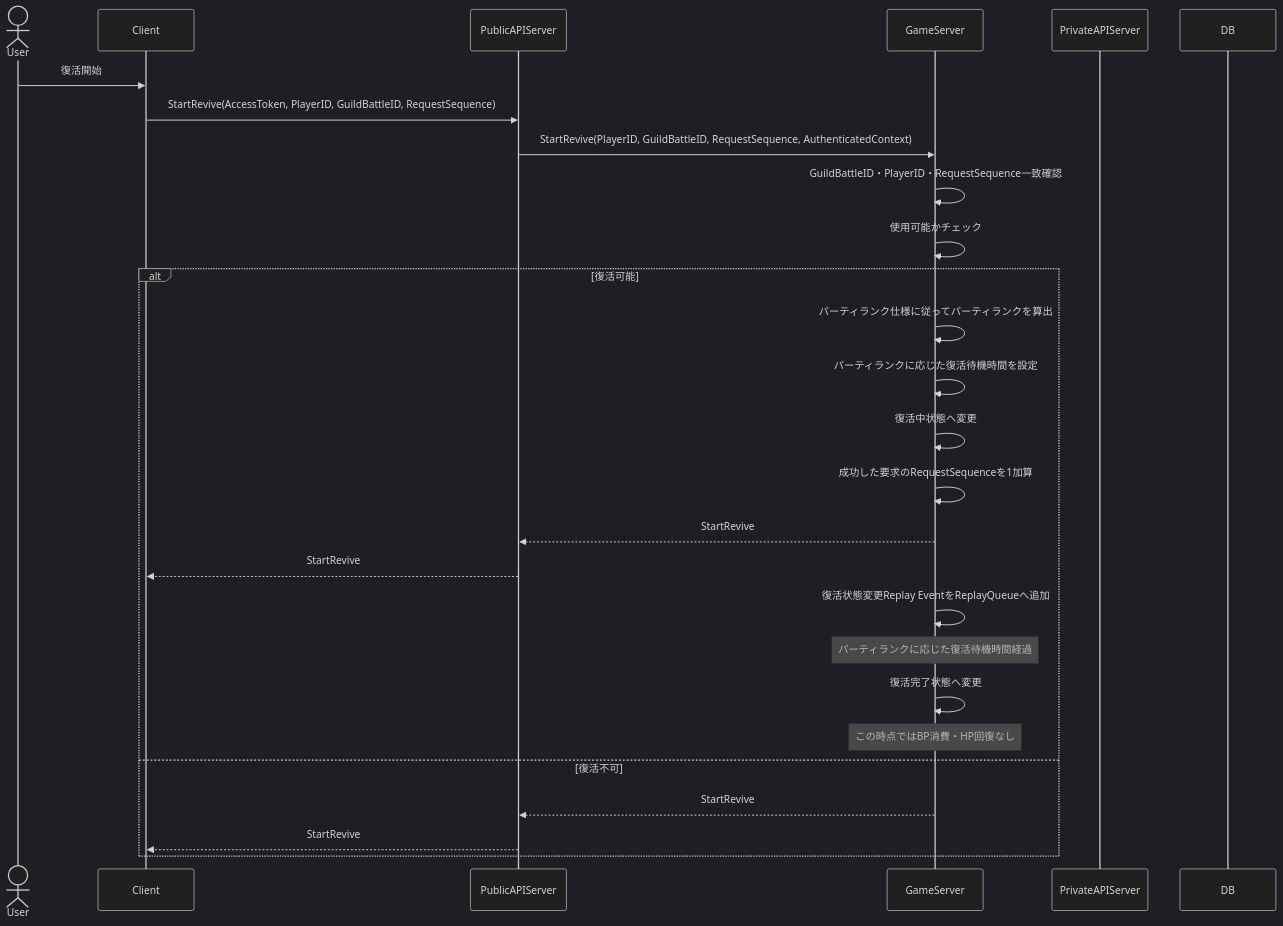
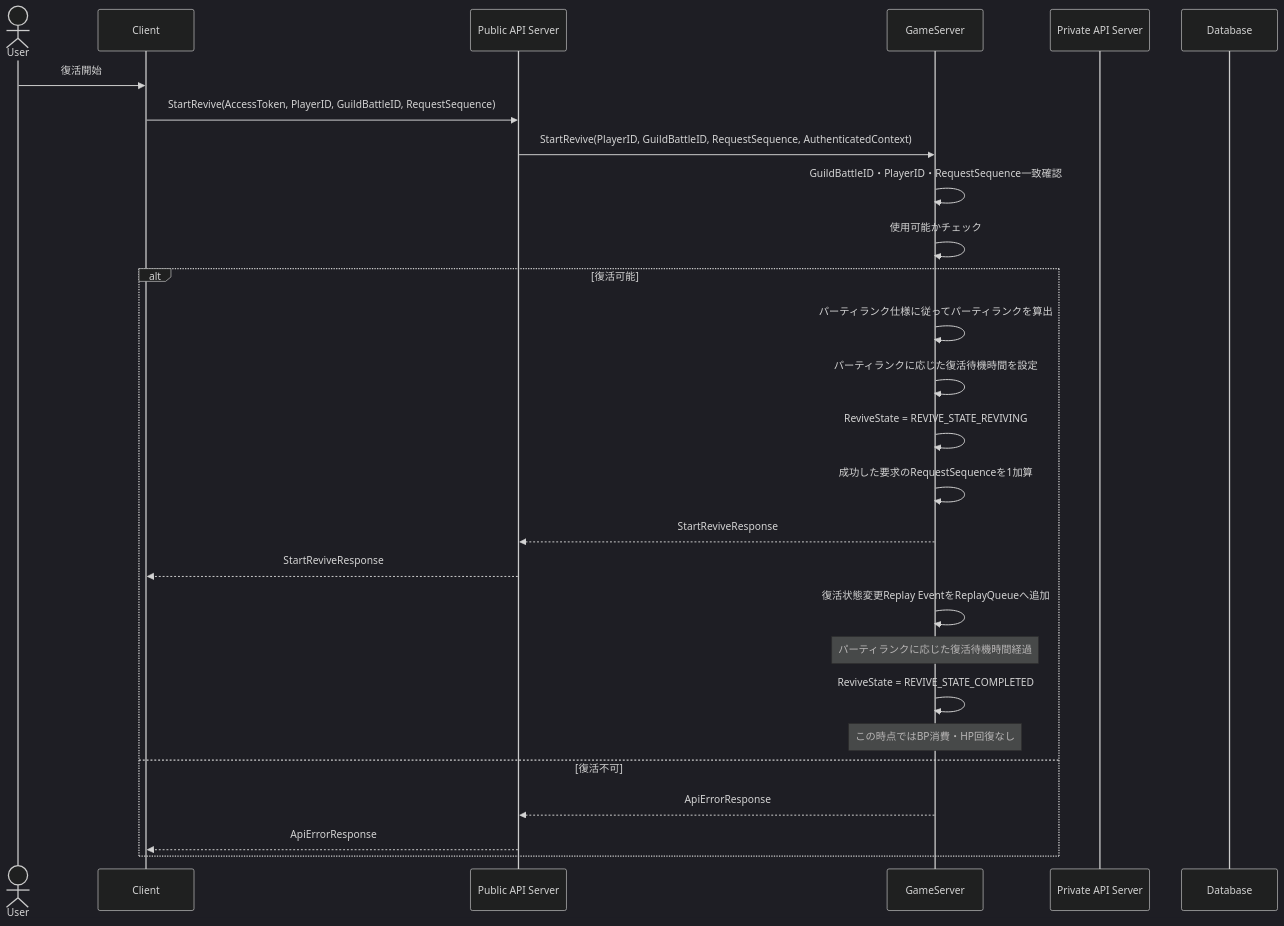
The tenth of 13 diagrams in design/server/guild_battle.md (ReHydrangeaOdyssey/Specifications), drawn with Mermaid (dark theme) before and after one commit. The commit also changed other lines of this file and 12 other files, not shown here.

Commit message:
図などの名称の統一

````diff
--- a/design/server/guild_battle.md
+++ b/design/server/guild_battle.md
@@ -510,35 +510,35 @@
 ```mermaid
 sequenceDiagram
     actor User
     participant Client
-    participant PublicAPIServer
+    participant PublicAPIServer as Public API Server
     participant GameServer
-    participant PrivateAPIServer
-    participant DB
+    participant PrivateAPIServer as Private API Server
+    participant Database
 
     User->>Client: 復活開始
     Client->>PublicAPIServer: StartRevive(AccessToken, PlayerID, GuildBattleID, RequestSequence)
     PublicAPIServer->>GameServer: StartRevive(PlayerID, GuildBattleID, RequestSequence, AuthenticatedContext)
 
     GameServer->>GameServer: GuildBattleID・PlayerID・RequestSequence一致確認
     GameServer->>GameServer: 使用可能かチェック
 
     alt 復活可能
         GameServer->>GameServer: パーティランク仕様に従ってパーティランクを算出
         GameServer->>GameServer: パーティランクに応じた復活待機時間を設定
-        GameServer->>GameServer: 復活中状態へ変更
+        GameServer->>GameServer: ReviveState = REVIVE_STATE_REVIVING
         GameServer->>GameServer: 成功した要求のRequestSequenceを1加算
-        GameServer-->>PublicAPIServer: StartRevive
-        PublicAPIServer-->>Client: StartRevive
+        GameServer-->>PublicAPIServer: StartReviveResponse
+        PublicAPIServer-->>Client: StartReviveResponse
 
         GameServer ->> GameServer: 復活状態変更Replay EventをReplayQueueへ追加
 
         Note over GameServer: パーティランクに応じた復活待機時間経過
 
-        GameServer->>GameServer: 復活完了状態へ変更
+        GameServer->>GameServer: ReviveState = REVIVE_STATE_COMPLETED
         Note over GameServer: この時点ではBP消費・HP回復なし
     else 復活不可
-        GameServer-->>PublicAPIServer: StartRevive
-        PublicAPIServer-->>Client: StartRevive
+        GameServer-->>PublicAPIServer: ApiErrorResponse
+        PublicAPIServer-->>Client: ApiErrorResponse
     end
 ```
````
